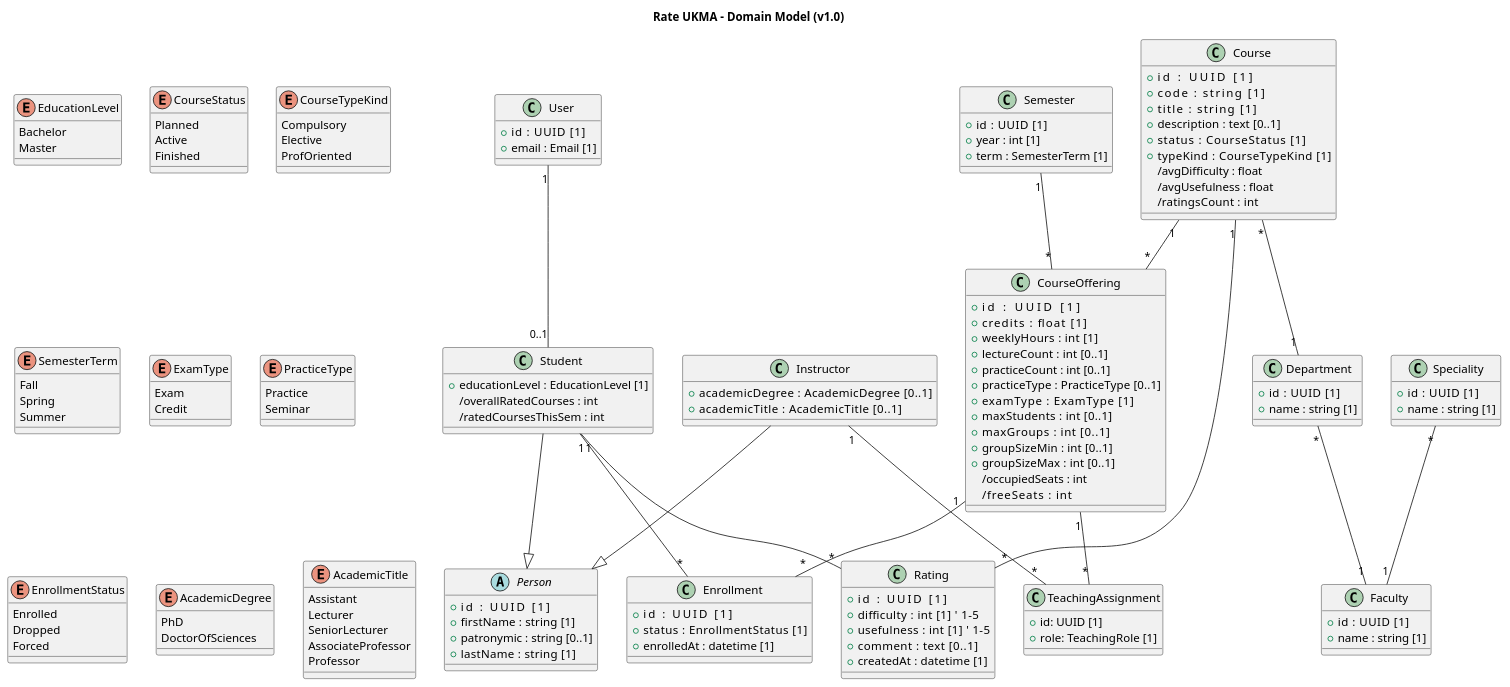
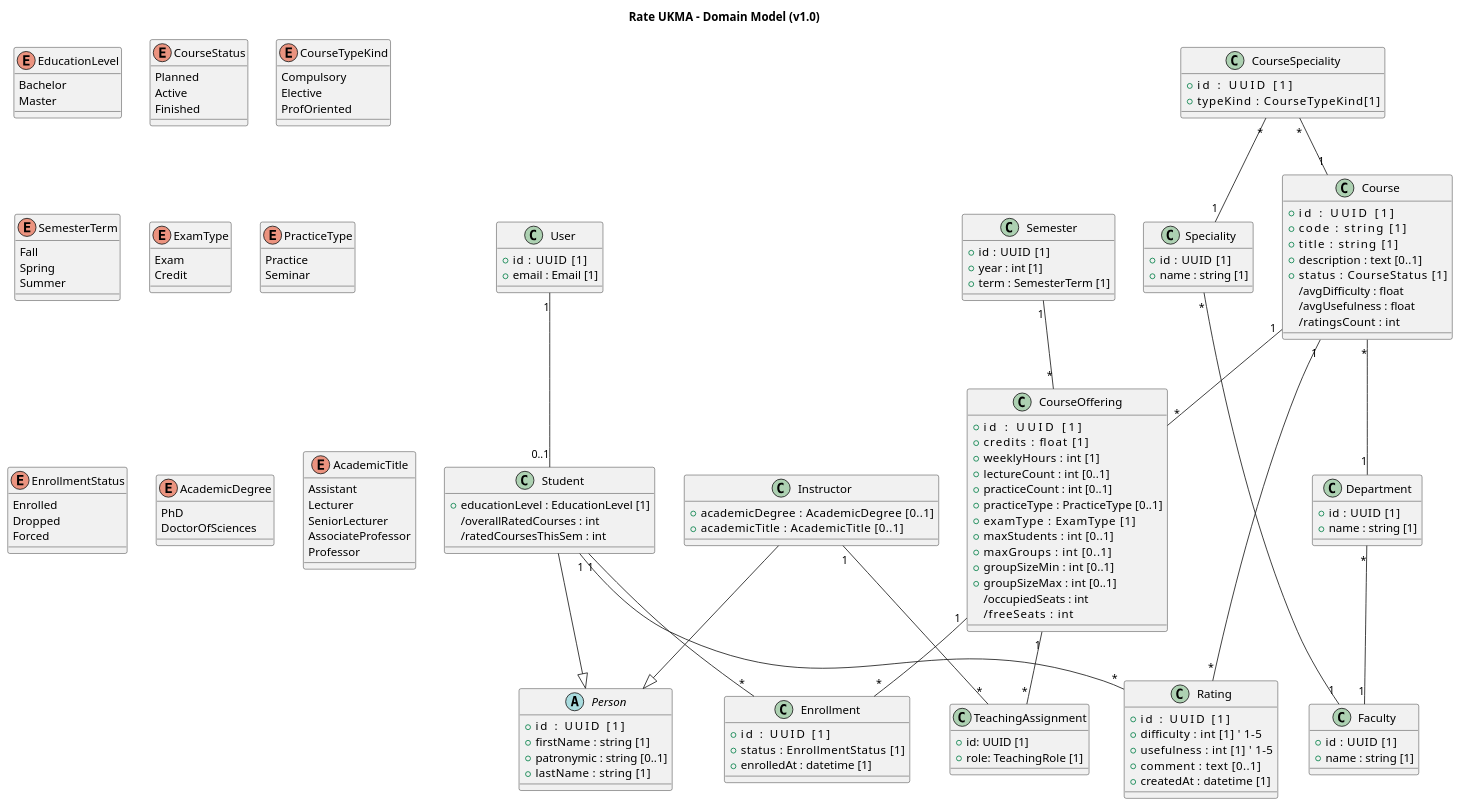
The diagram in docs/architecture/uml/domain-model.puml (ukma-cs-ssdm-2025/rate-ukma), drawn with PlantUML before and after one commit.

Commit message:
docs(#86): add CourseSpeciality association class

```diff
--- a/docs/architecture/uml/domain-model.puml
+++ b/docs/architecture/uml/domain-model.puml
@@ -1,162 +1,168 @@
 @startuml core-domain-model
 title Rate UKMA – Domain Model (v1.0)
 
 class User {
   +id    : UUID [1]
   +email : Email [1]
 }
 
 abstract class Person {
   +id         : UUID [1]
   +firstName  : string [1]
   +patronymic : string [0..1]
   +lastName   : string [1]
 }
 
 class Student {
   +educationLevel : EducationLevel [1]
   /overallRatedCourses : int
   /ratedCoursesThisSem : int
 }
 User "1" -- "0..1" Student
 Student --|> Person
 
 class Instructor {
   +academicDegree     : AcademicDegree [0..1]
   +academicTitle      : AcademicTitle [0..1]
 }
 Instructor --|> Person
 
 class Faculty {
   +id   : UUID [1]
   +name : string [1]
 }
 
 class Department {
   +id   : UUID [1]
   +name : string [1]
 }
 Department "*" -- "1" Faculty
 
 class Speciality {
   +id   : UUID [1]
   +name : string [1]
 }
 Speciality "*" -- "1" Faculty
 
 class Course {
   +id           : UUID [1]
   +code         : string [1]
   +title        : string [1]
   +description  : text [0..1]
   +status       : CourseStatus [1]
-  +typeKind     : CourseTypeKind [1]
   /avgDifficulty : float
   /avgUsefulness : float
   /ratingsCount  : int
 }
 Course "*" -- "1" Department
+
+class CourseSpeciality {
+  +id           : UUID [1]
+  +typeKind         : CourseTypeKind[1]
+}
+CourseSpeciality "*" -- "1" Course
+CourseSpeciality "*" -- "1" Speciality
 
 class Semester {
   +id   : UUID [1]
   +year : int [1]
   +term : SemesterTerm [1]
 }
 
 class CourseOffering {
   +id            : UUID [1]
   +credits       : float [1]
   +weeklyHours   : int [1]
   +lectureCount  : int [0..1]
   +practiceCount : int [0..1]
   +practiceType  : PracticeType [0..1]
   +examType      : ExamType [1]
   +maxStudents   : int [0..1]
   +maxGroups     : int [0..1]
   +groupSizeMin  : int [0..1]
   +groupSizeMax  : int [0..1]
   /occupiedSeats : int
   /freeSeats     : int
 }
 Course "1"   -- "*" CourseOffering
 Semester "1" -- "*" CourseOffering
 
 class TeachingAssignment {
   +id: UUID [1]
   +role: TeachingRole [1]
 }
 CourseOffering "1" -- "*" TeachingAssignment
 Instructor "1" -- "*" TeachingAssignment
 
 
 class Enrollment {
   +id         : UUID [1]
   +status     : EnrollmentStatus [1]
   +enrolledAt : datetime [1]
 }
 Student "1"        -- "*" Enrollment
 CourseOffering "1" -- "*" Enrollment
 
 class Rating {
   +id         : UUID [1]
   +difficulty : int [1]    ' 1–5
   +usefulness : int [1]    ' 1–5
   +comment    : text [0..1]
   +createdAt  : datetime [1]
 }
 Student "1" -- "*" Rating
 Course  "1" -- "*" Rating
 
 enum EducationLevel {
   Bachelor
   Master
 }
 
 enum CourseStatus {
   Planned
   Active
   Finished
 }
 
 enum CourseTypeKind {
   Compulsory
   Elective
   ProfOriented
 }
 
 enum SemesterTerm {
   Fall
   Spring
   Summer
 }
 
 enum ExamType {
   Exam
   Credit
 }
 
 enum PracticeType {
   Practice
   Seminar
 }
 
 enum EnrollmentStatus {
   Enrolled
   Dropped
   Forced
 }
 
 enum AcademicDegree {
   PhD
   DoctorOfSciences
 }
 
 enum AcademicTitle {
   Assistant
   Lecturer
   SeniorLecturer
   AssociateProfessor   
   Professor            
 }
 
 @enduml
```
